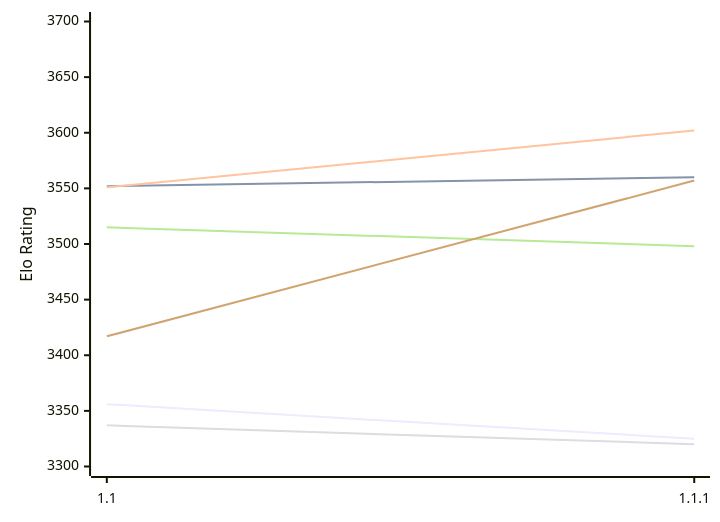
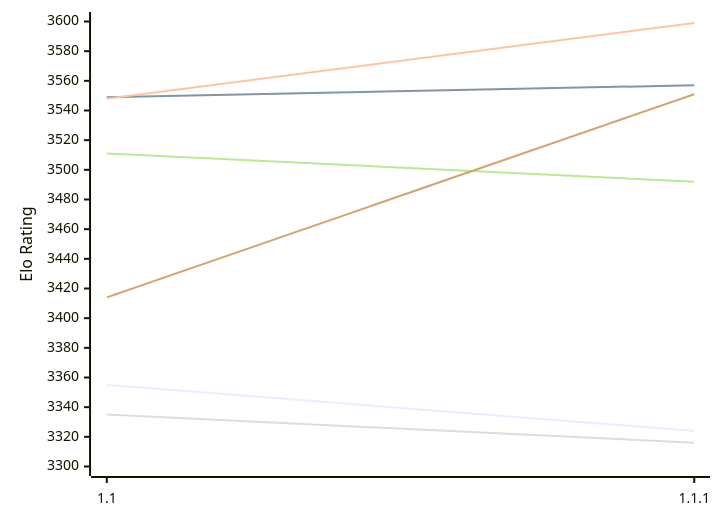
Before and after one commit to computer-chess-index/cci: the first of 2 diagrams in engines/Icarus.md, drawn with Mermaid. The commit also changed other lines of this file, not shown here.

Commit message:
Update CCI Ratings (ELO VLTC) - 2026-11-19

````diff
--- a/engines/Icarus.md
+++ b/engines/Icarus.md
@@ -51,12 +51,12 @@
 ```mermaid
 %%{init: {"theme":"base","themeVariables":{"seriesColors:['#a3a3a3','#222221','#faa371']}}}%%
 xychart-beta
   x-axis ["1.1", "1.1.1"]
-  y-axis "Elo Rating" 3300 --> 3700
-  line "E1: STC (8.0+0.08s)" [3356, 3325]
-  line "E1: LTC (60.0+0.60s)" [3552, 3560]
-  line "E1: VLTC (2m24s+1.12s)" [3551, 3602]
-  line "P1: STC (8.0+0.08s)" [3337, 3320]
-  line "P1: LTC (60.0+0.60s)" [3515, 3498]
-  line "P1: VLTC (2m24s+1.12s)" [3417, 3557]
+  y-axis "Elo Rating" 3300 --> 3600
+  line "E1: STC (8.0+0.08s)" [3355, 3324]
+  line "E1: LTC (60.0+0.60s)" [3549, 3557]
+  line "E1: VLTC (2m24s+1.12s)" [3548, 3599]
+  line "P1: STC (8.0+0.08s)" [3335, 3316]
+  line "P1: LTC (60.0+0.60s)" [3511, 3492]
+  line "P1: VLTC (2m24s+1.12s)" [3414, 3551]
 ```
````
